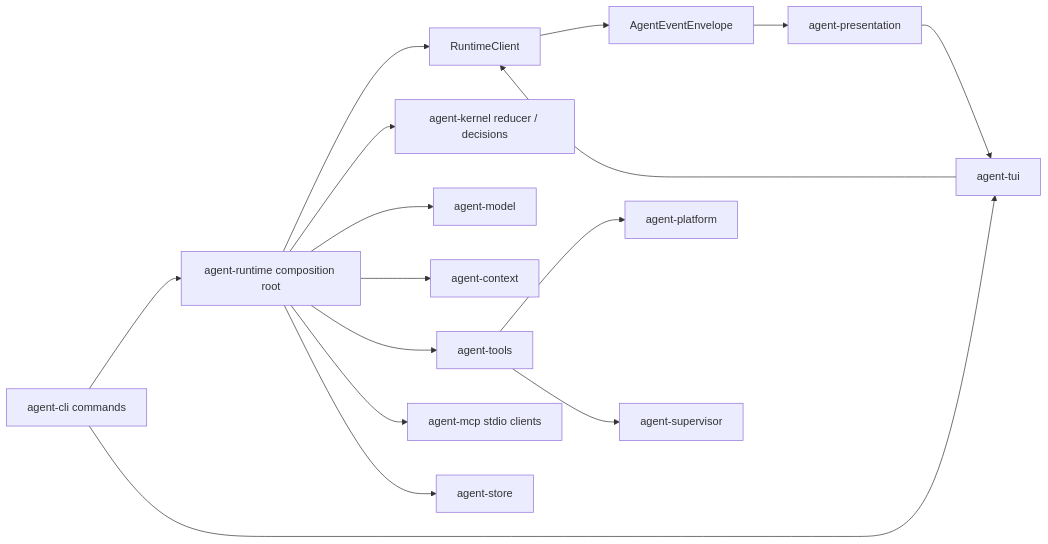
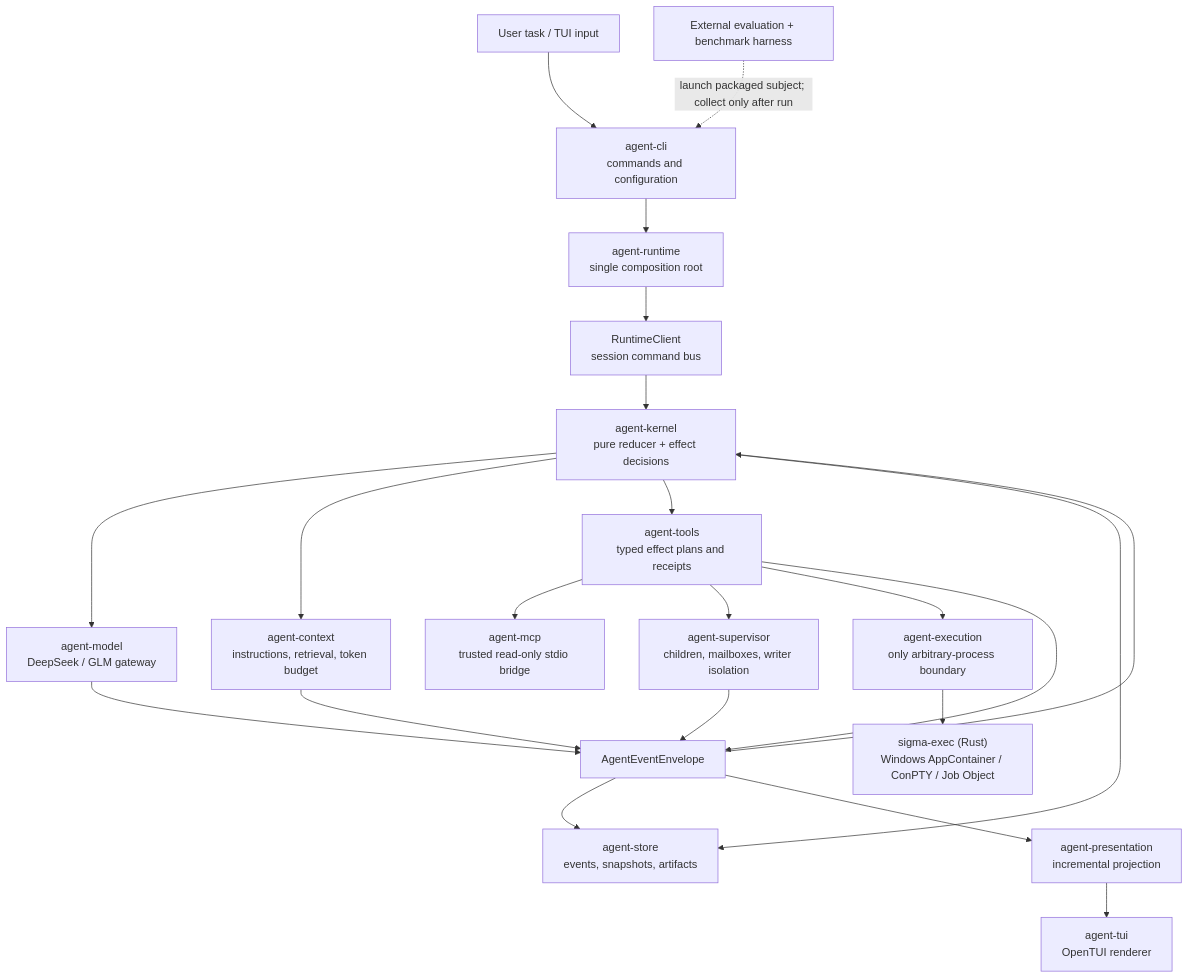
The diagram in README.md (hututuQQQ/sigma), drawn with Mermaid before and after one commit. The commit also changed other lines of this file and 2 other files, not shown here.

````diff
--- a/README.md
+++ b/README.md
@@ -11,18 +100,28 @@
 ```mermaid
-flowchart LR
-  CLI["agent-cli commands"] --> ROOT["agent-runtime composition root"]
-  CLI --> TUI["agent-tui"]
-  ROOT --> RC["RuntimeClient"]
-  TUI --> RC
-  ROOT --> K["agent-kernel reducer / decisions"]
-  ROOT --> M["agent-model"]
-  ROOT --> C["agent-context"]
-  ROOT --> TOOLS["agent-tools"]
-  ROOT --> MCP["agent-mcp stdio clients"]
-  ROOT --> STORE["agent-store"]
-  TOOLS --> PLATFORM["agent-platform"]
-  TOOLS --> SUP["agent-supervisor"]
-  RC --> EVENTS["AgentEventEnvelope"]
-  EVENTS --> PRESENT["agent-presentation"]
-  PRESENT --> TUI
+flowchart TB
+  USER["User task / TUI input"] --> CLI["agent-cli<br/>commands and configuration"]
+  CLI --> ROOT["agent-runtime<br/>single composition root"]
+  ROOT --> CLIENT["RuntimeClient<br/>session command bus"]
+  CLIENT --> KERNEL["agent-kernel<br/>pure reducer + effect decisions"]
+
+  KERNEL --> MODEL["agent-model<br/>DeepSeek / GLM gateway"]
+  KERNEL --> CONTEXT["agent-context<br/>instructions, retrieval, token budget"]
+  KERNEL --> TOOLS["agent-tools<br/>typed effect plans and receipts"]
+  KERNEL --> STORE["agent-store<br/>events, snapshots, artifacts"]
+
+  TOOLS --> MCP["agent-mcp<br/>trusted read-only stdio bridge"]
+  TOOLS --> SUP["agent-supervisor<br/>children, mailboxes, writer isolation"]
+  TOOLS --> EXEC["agent-execution<br/>only arbitrary-process boundary"]
+  EXEC --> NATIVE["sigma-exec (Rust)<br/>Windows AppContainer / ConPTY / Job Object"]
+
+  MODEL --> EVENTS["AgentEventEnvelope"]
+  CONTEXT --> EVENTS
+  TOOLS --> EVENTS
+  SUP --> EVENTS
+  EVENTS --> STORE
+  EVENTS --> KERNEL
+  EVENTS --> PRESENT["agent-presentation<br/>incremental projection"]
+  PRESENT --> TUI["agent-tui<br/>OpenTUI renderer"]
+
+  EVAL["External evaluation + benchmark harness"] -.->|"launch packaged subject; collect only after run"| CLI
 ```
````
